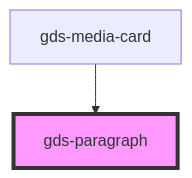
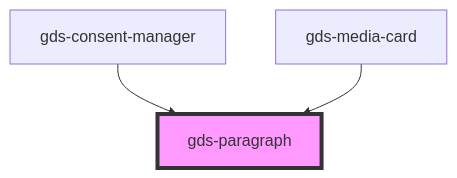
One commit to generoi/genero-design-system changed the diagram in src/components/gds-paragraph/readme.md. Above: the diagram before and after it, drawn with Mermaid. The commit also changed other lines of this file and 12 other files, not shown here.

Commit message:
Finalizing consent manager v.1

````diff
--- a/src/components/gds-paragraph/readme.md
+++ b/src/components/gds-paragraph/readme.md
@@ -21,5 +22,6 @@
 ```mermaid
 graph TD;
+  gds-consent-manager --> gds-paragraph
   gds-media-card --> gds-paragraph
   style gds-paragraph fill:#f9f,stroke:#333,stroke-width:4px
 ```
````
